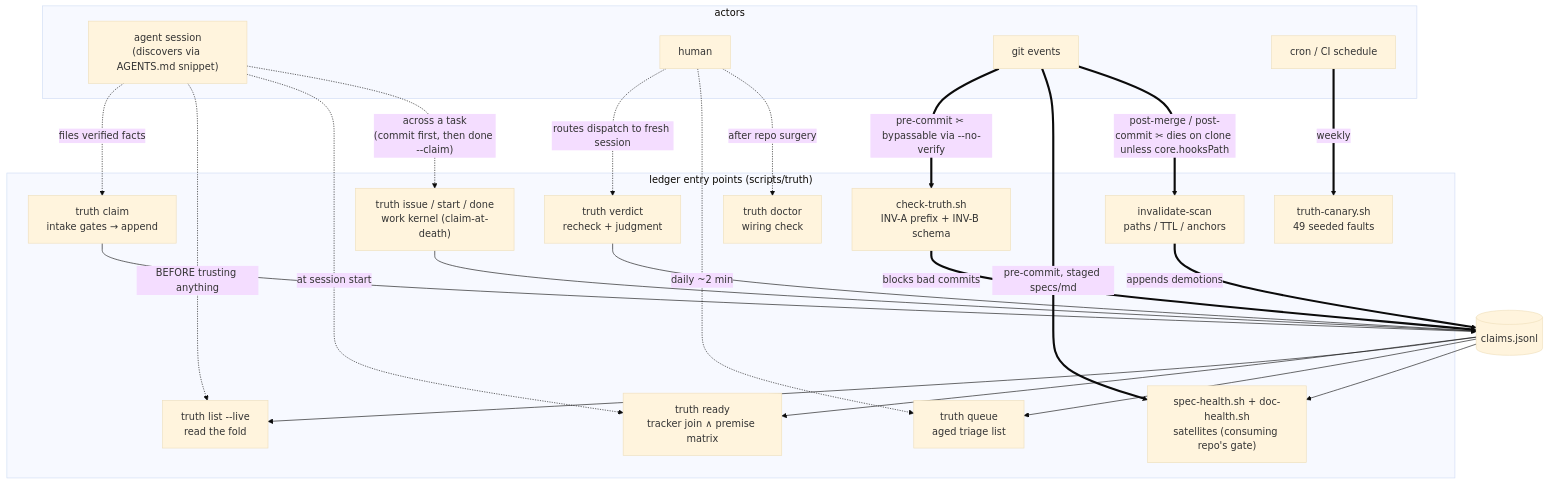
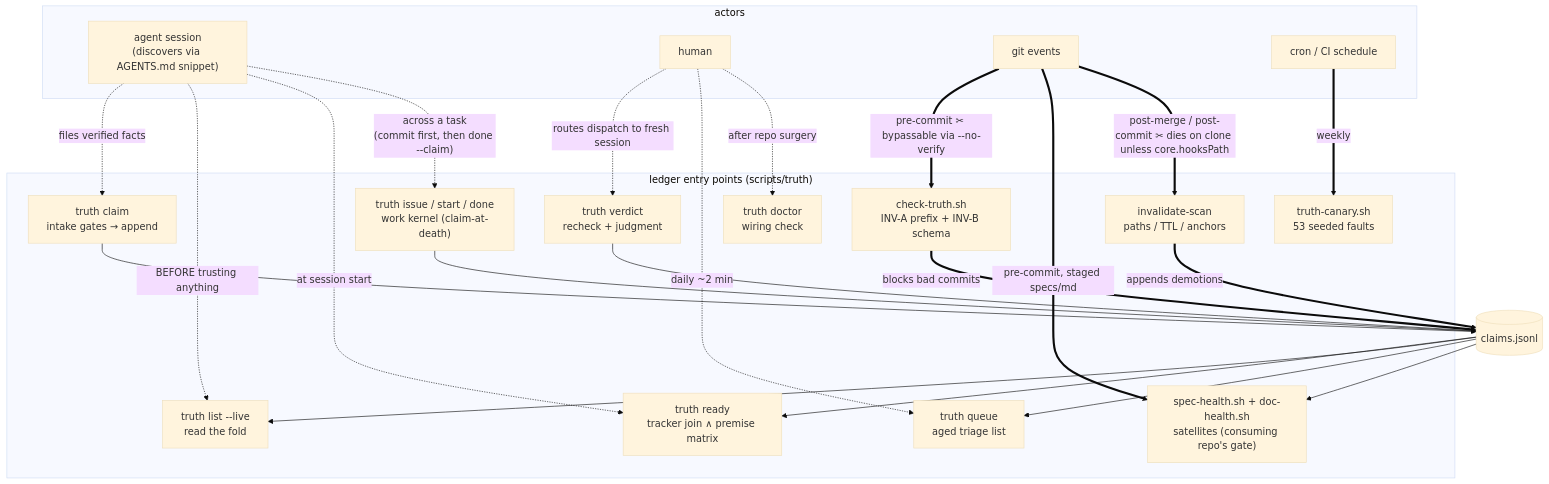
One commit to m1981/truth-ledger changed the first of 4 diagrams in docs/truth-ledger-operations-guide.md. Above: the diagram before and after it, drawn with Mermaid (base theme). The commit also changed other lines of this file and 4 other files, not shown here.

````diff
--- a/docs/truth-ledger-operations-guide.md
+++ b/docs/truth-ledger-operations-guide.md
@@ -86,44 +86,44 @@
 ```mermaid
 flowchart TB
     subgraph actors["actors"]
         AG["agent session<br/>(discovers via AGENTS.md snippet)"]
         HU["human"]
         GIT["git events"]
         CRON["cron / CI schedule"]
     end
 
     subgraph cli["ledger entry points (scripts/truth)"]
         CLAIM["truth claim<br/>intake gates → append"]
         LIST["truth list --live<br/>read the fold"]
         VERD["truth verdict<br/>recheck + judgment"]
         QUEUE["truth queue<br/>aged triage list"]
         READY["truth ready<br/>tracker join ∧ premise matrix"]
         KERN["truth issue / start / done<br/>work kernel (claim-at-death)"]
         SCAN["invalidate-scan<br/>paths / TTL / anchors"]
         GATE["check-truth.sh<br/>INV-A prefix + INV-B schema"]
         SAT["spec-health.sh + doc-health.sh<br/>satellites (consuming repo's gate)"]
-        CAN["truth-canary.sh<br/>49 seeded faults"]
+        CAN["truth-canary.sh<br/>53 seeded faults"]
         DOC["truth doctor<br/>wiring check"]
     end
 
     L[("claims.jsonl")]
 
     AG -.->|"files verified facts"| CLAIM --> L
     AG -.->|"BEFORE trusting anything"| LIST
     AG -.->|"at session start"| READY
     AG -.->|"across a task<br/>(commit first, then done --claim)"| KERN --> L
     L --> READY
     L --> LIST
     HU -.->|"routes dispatch to fresh session"| VERD --> L
     HU -.->|"daily ~2 min"| QUEUE
     L --> QUEUE
 
     GIT ==>|"pre-commit ✂ bypassable via --no-verify"| GATE
     GATE ==>|"blocks bad commits"| L
     GIT ==>|"pre-commit, staged specs/md"| SAT
     L --> SAT
     GIT ==>|"post-merge / post-commit ✂ dies on clone unless core.hooksPath"| SCAN
     SCAN ==>|"appends demotions"| L
     CRON ==>|"weekly"| CAN
     HU -.->|"after repo surgery"| DOC
 ```
````
